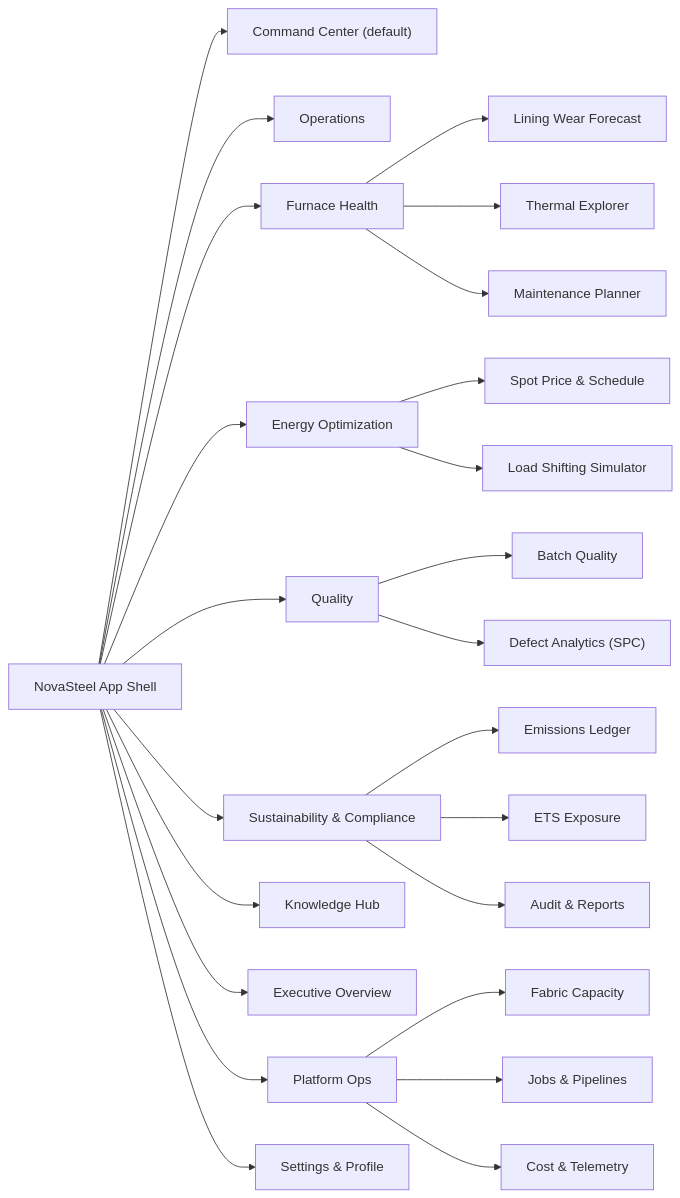
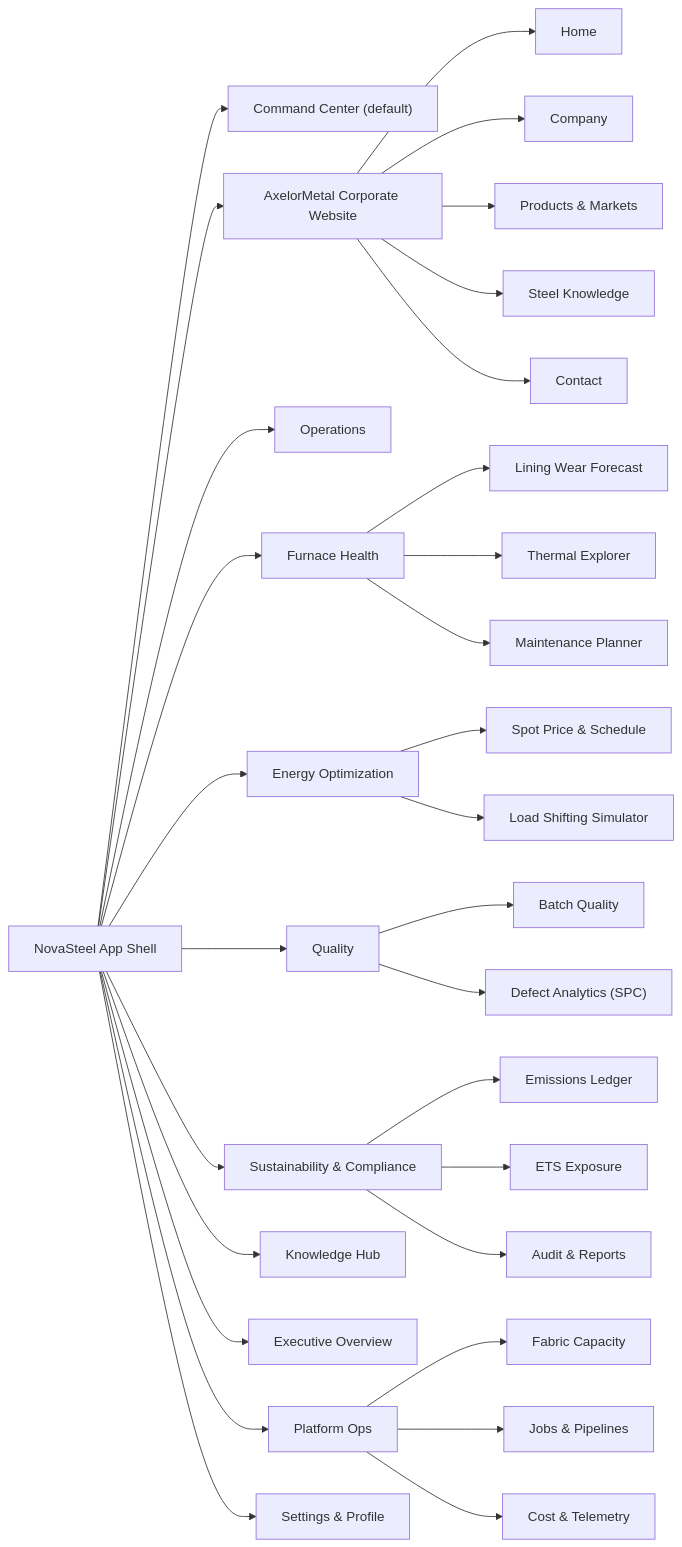
The second of 3 diagrams in docs/ux/dashboard-specification.md (frkim/NovaSteel3), drawn with Mermaid before and after one commit. The commit also changed other lines of this file and 12 other files, not shown here.

First line of the commit message:
docs: document the Dockview workspace and the NovaSteel/AxelorMetal split

````diff
--- a/docs/ux/dashboard-specification.md
+++ b/docs/ux/dashboard-specification.md
@@ -133,28 +134,34 @@
 ```mermaid
 flowchart LR
   Root["NovaSteel App Shell"]
   Root --> CC["Command Center (default)"]
+  Root --> Web["AxelorMetal Corporate Website"]
   Root --> P1s["Operations"]
   Root --> P2s["Furnace Health"]
   Root --> P3s["Energy Optimization"]
   Root --> P4s["Quality"]
   Root --> P5s["Sustainability & Compliance"]
   Root --> P6s["Knowledge Hub"]
   Root --> P7s["Executive Overview"]
   Root --> P8s["Platform Ops"]
   Root --> Set["Settings & Profile"]
 
   P2s --> P2a["Lining Wear Forecast"]
   P2s --> P2b["Thermal Explorer"]
   P2s --> P2c["Maintenance Planner"]
   P3s --> P3a["Spot Price & Schedule"]
   P3s --> P3b["Load Shifting Simulator"]
   P4s --> P4a["Batch Quality"]
   P4s --> P4b["Defect Analytics (SPC)"]
   P5s --> P5a["Emissions Ledger"]
   P5s --> P5b["ETS Exposure"]
   P5s --> P5c["Audit & Reports"]
   P8s --> P8a["Fabric Capacity"]
   P8s --> P8b["Jobs & Pipelines"]
   P8s --> P8c["Cost & Telemetry"]
+  Web --> WebHome["Home"]
+  Web --> WebCompany["Company"]
+  Web --> WebProducts["Products & Markets"]
+  Web --> WebKnowledge["Steel Knowledge"]
+  Web --> WebContact["Contact"]
 ```
````
